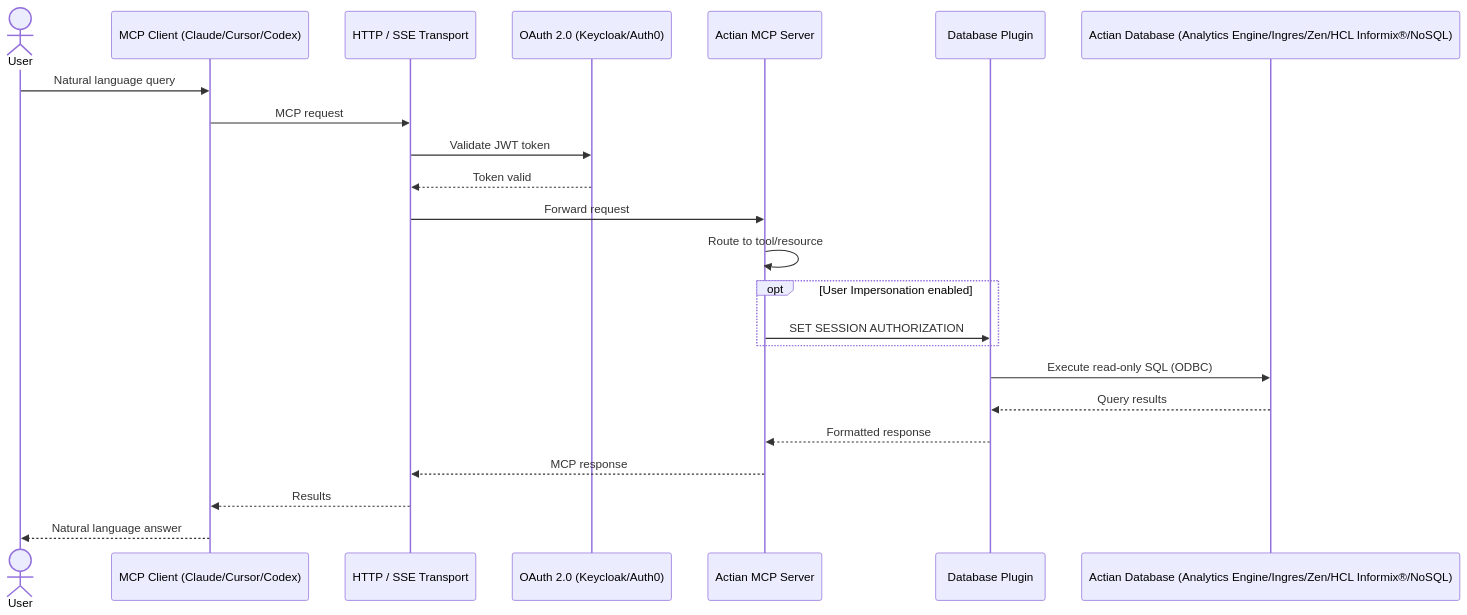
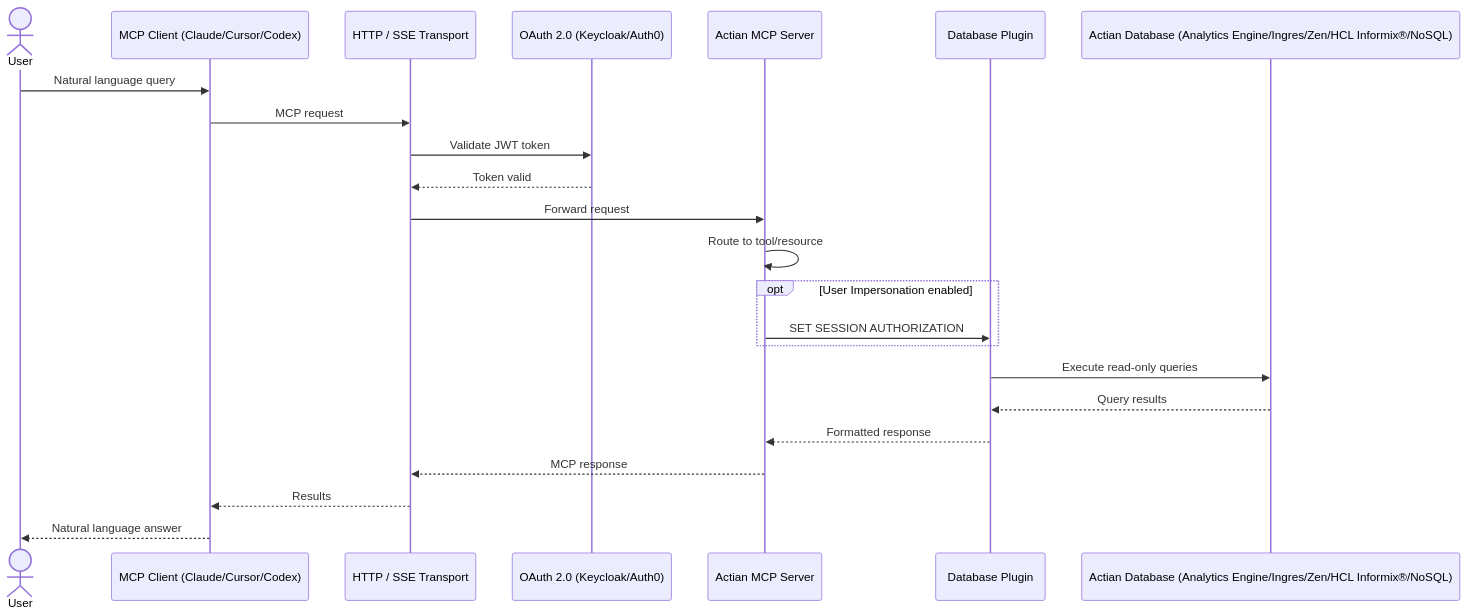
Before and after one commit to ActianCorp/mcp-server-docs: the second of 2 diagrams in docs/intro/index.md, drawn with Mermaid. The commit also changed other lines of this file and 3 other files, not shown here.

````diff
--- a/docs/intro/index.md
+++ b/docs/intro/index.md
@@ -113,31 +112,31 @@
 ```mermaid
 %%{init: {'theme': 'default', 'themeVariables': {'fontSize': '44px', 'fontFamily': 'arial'}}}%%
 sequenceDiagram
     actor User
     participant Client as MCP Client (Claude/Cursor/Codex)
     participant Transport as HTTP / SSE Transport
     participant Auth as OAuth 2.0 (Keycloak/Auth0)
     participant Server as Actian MCP Server
     participant Plugin as Database Plugin
     participant DB as Actian Database (Analytics Engine/Ingres/Zen/HCL Informix®/NoSQL)
 
     User->>Client: Natural language query
     Client->>Transport: MCP request
 
     Transport->>Auth: Validate JWT token
     Auth-->>Transport: Token valid
 
     Transport->>Server: Forward request
     Server->>Server: Route to tool/resource
 
     opt User Impersonation enabled
         Server->>Plugin: SET SESSION AUTHORIZATION
     end
 
-    Plugin->>DB: Execute read-only SQL (ODBC)
+    Plugin->>DB: Execute read-only queries
     DB-->>Plugin: Query results
     Plugin-->>Server: Formatted response
     Server-->>Transport: MCP response
     Transport-->>Client: Results
     Client-->>User: Natural language answer
 ```
````
